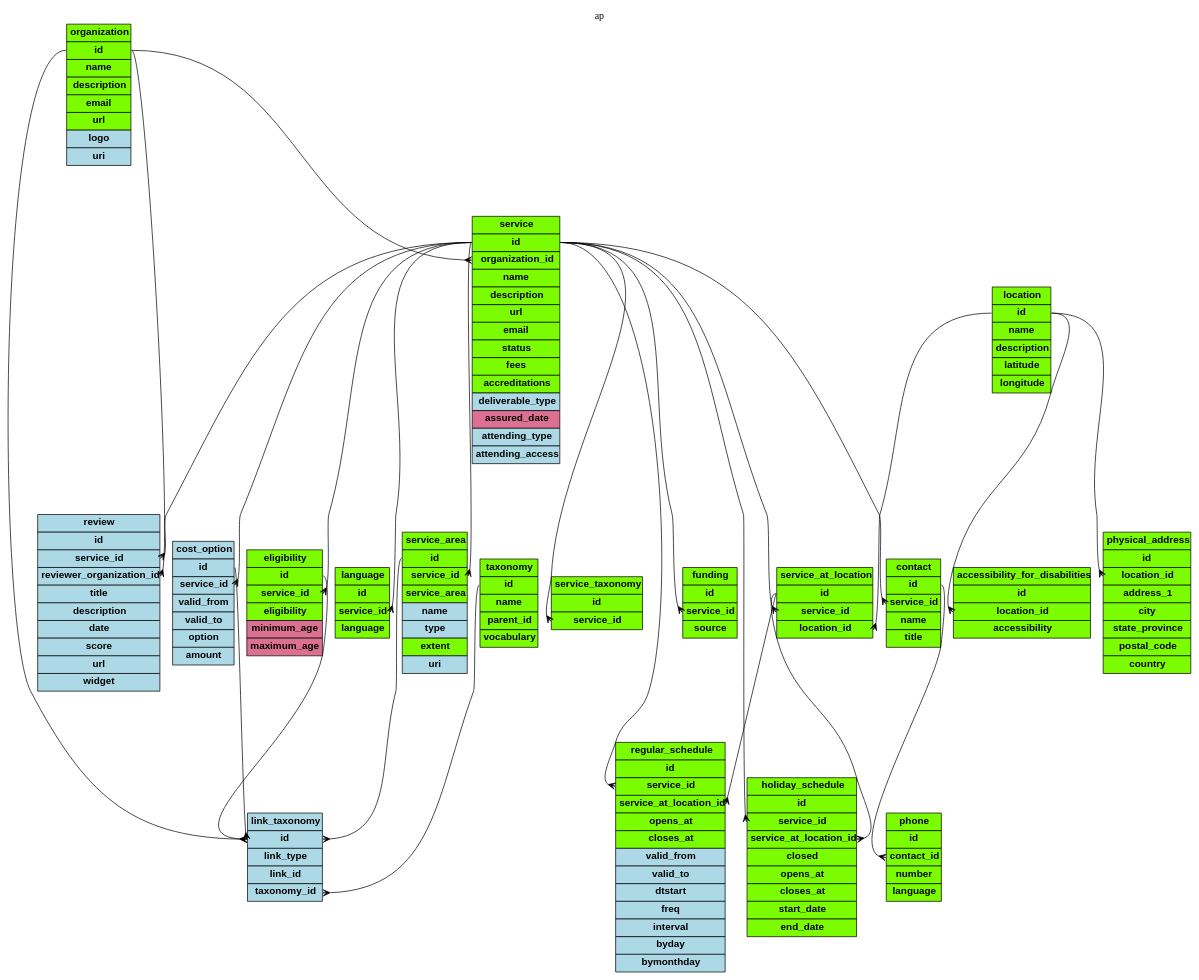
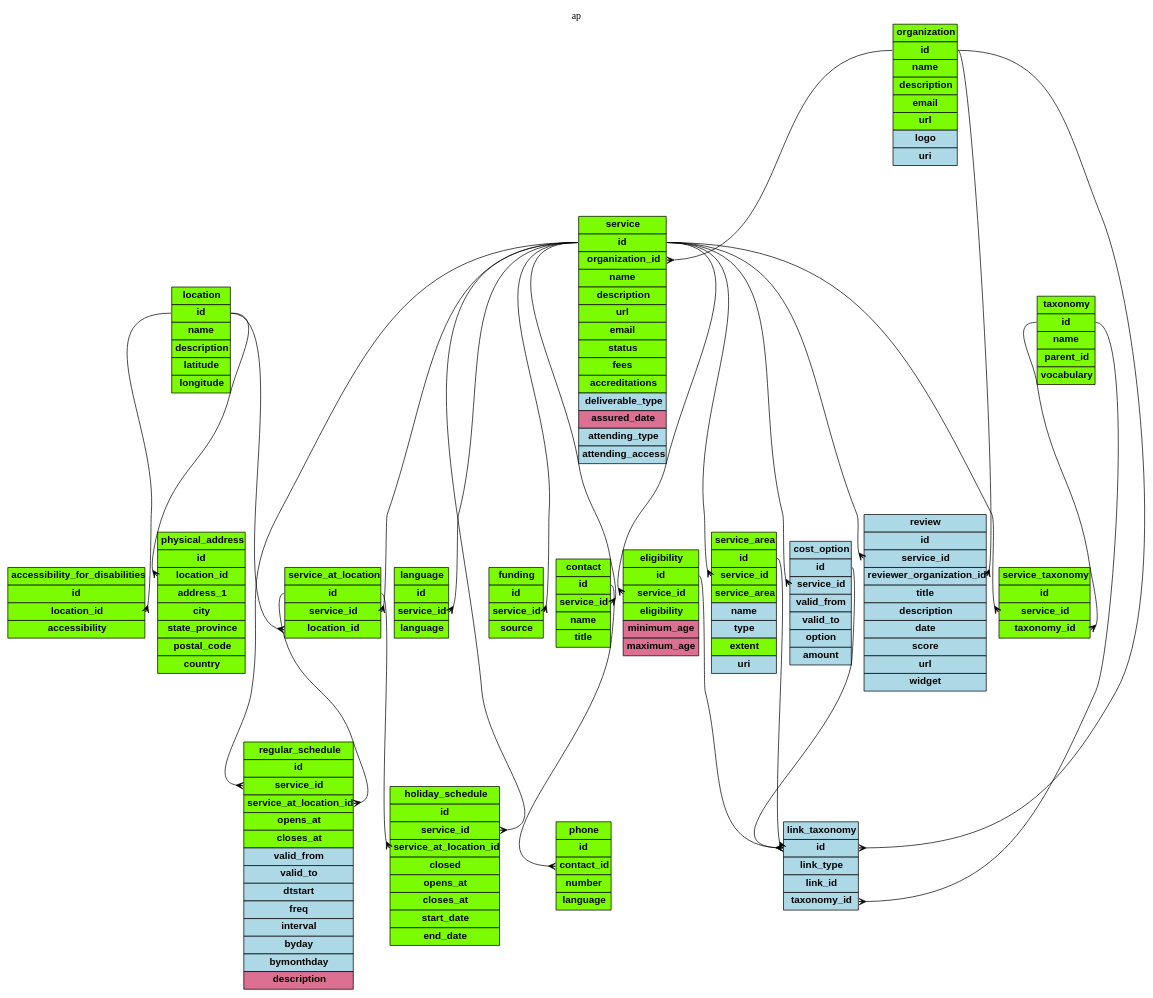
Before and after one commit to OpenReferralUK/human-services: the diagram in Schemas/ap.gv, drawn with Graphviz. The commit also changed 13 other files, not shown here.

```diff
--- a/Schemas/ap.gv
+++ b/Schemas/ap.gv
@@ -53,10 +53,12 @@
 <tr><td bgcolor="lawngreen"><b>service_taxonomy</b></td></tr>
 <tr><td port='id'  bgcolor="lawngreen"><b>id</b></td></tr>
 <tr><td port='service_id'  bgcolor="lawngreen"><b>service_id</b></td></tr>
+<tr><td port='taxonomy_id'  bgcolor="lawngreen"><b>taxonomy_id</b></td></tr>
 </table>
 >]
 
 service:id -> service_taxonomy:service_id;
+taxonomy:id -> service_taxonomy:taxonomy_id;
 
 
 service_at_location [label=<
@@ -142,6 +144,7 @@
 <tr><td  bgcolor="lightblue"><b>interval</b></td></tr>
 <tr><td  bgcolor="lightblue"><b>byday</b></td></tr>
 <tr><td  bgcolor="lightblue"><b>bymonthday</b></td></tr>
+<tr><td  bgcolor="palevioletred"><b>description</b></td></tr>
 </table>
 >]
 
```
